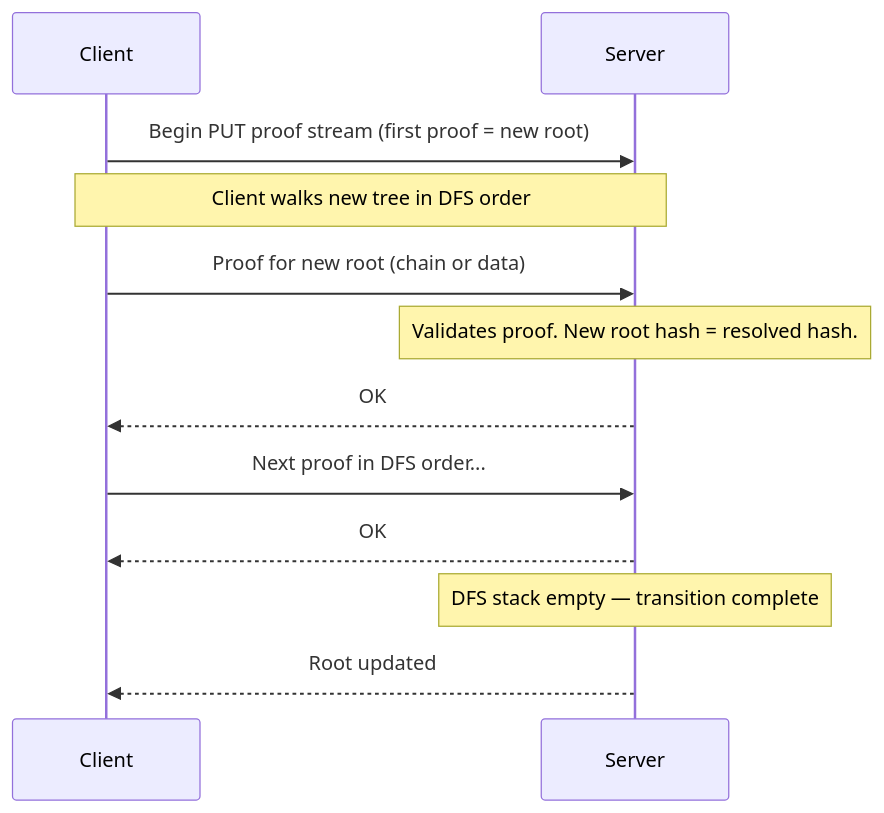
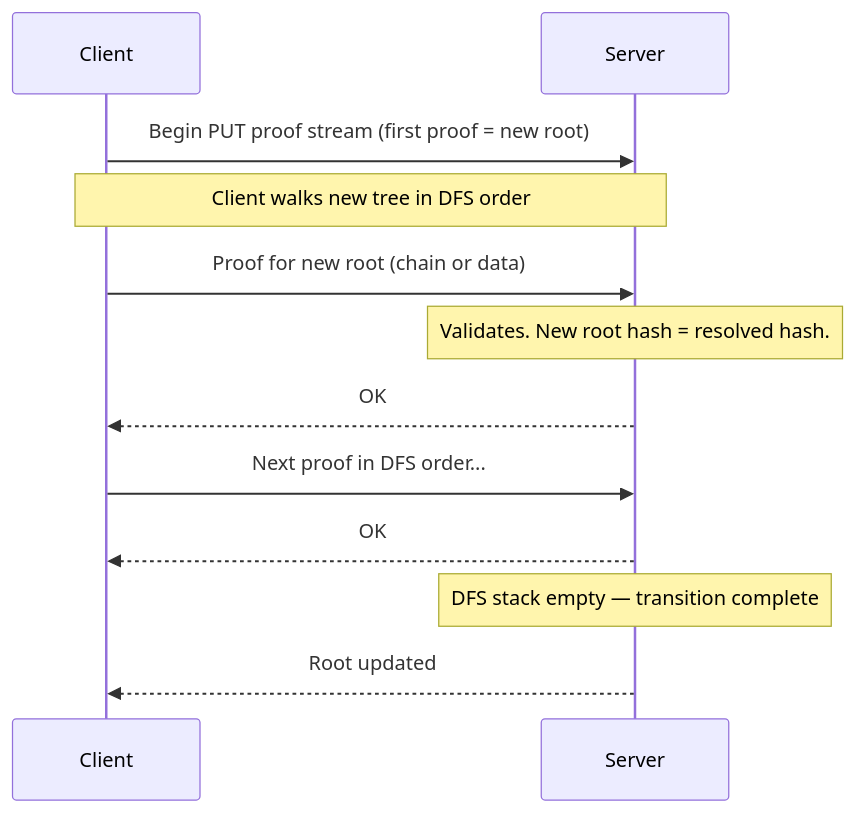
One commit to jclaggett/dacite changed the fifth of 5 diagrams in docs/book/04-authorization/chapter.md. Above: the diagram before and after it, drawn with Mermaid. The commit also changed other lines of this file, not shown here.

Commit message:
docs: major rewrite of Chapter 4 with improved conceptual flow, deeper explanations, and better structure

````diff
--- a/docs/book/04-authorization/chapter.md
+++ b/docs/book/04-authorization/chapter.md
@@ -143,19 +120,19 @@
 ```mermaid
 sequenceDiagram
     participant C as Client
     participant S as Server
 
     C->>S: Begin PUT proof stream (first proof = new root)
 
     Note over C,S: Client walks new tree in DFS order
 
     C->>S: Proof for new root (chain or data)
-    Note over S: Validates proof. New root hash = resolved hash.
+    Note over S: Validates. New root hash = resolved hash.
     S-->>C: OK
 
     C->>S: Next proof in DFS order...
     S-->>C: OK
 
     Note over S: DFS stack empty — transition complete
     S-->>C: Root updated
 ```
````
